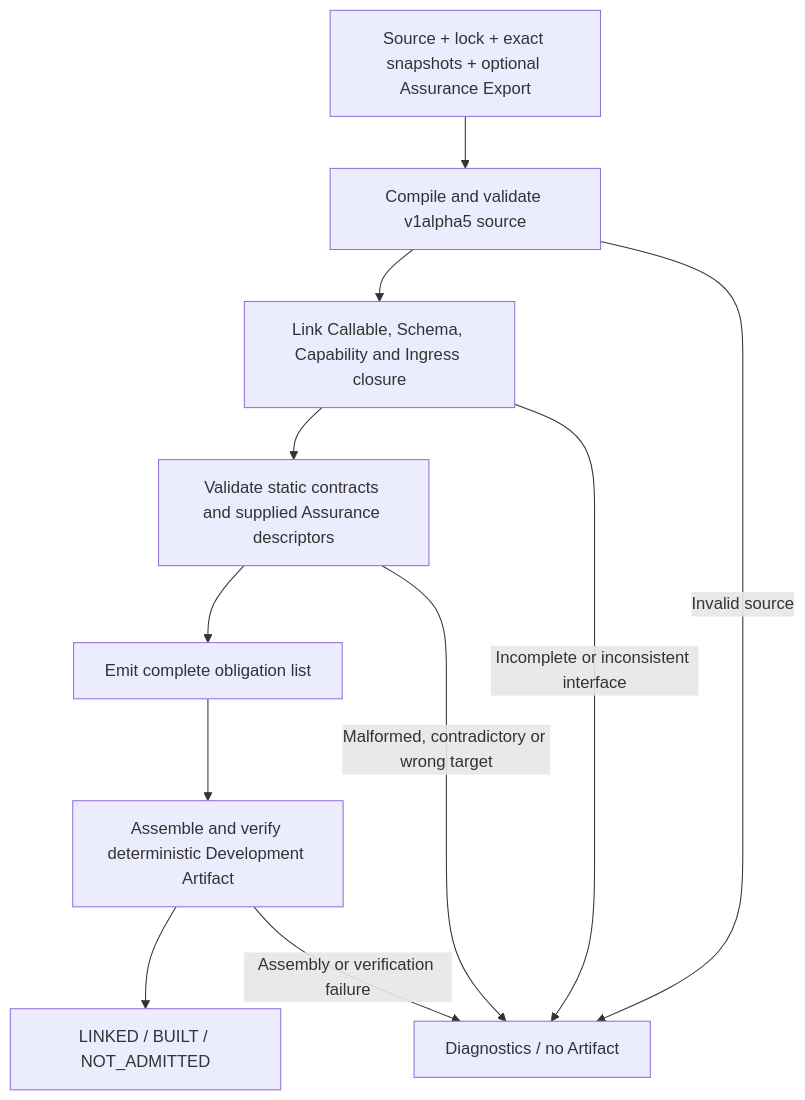
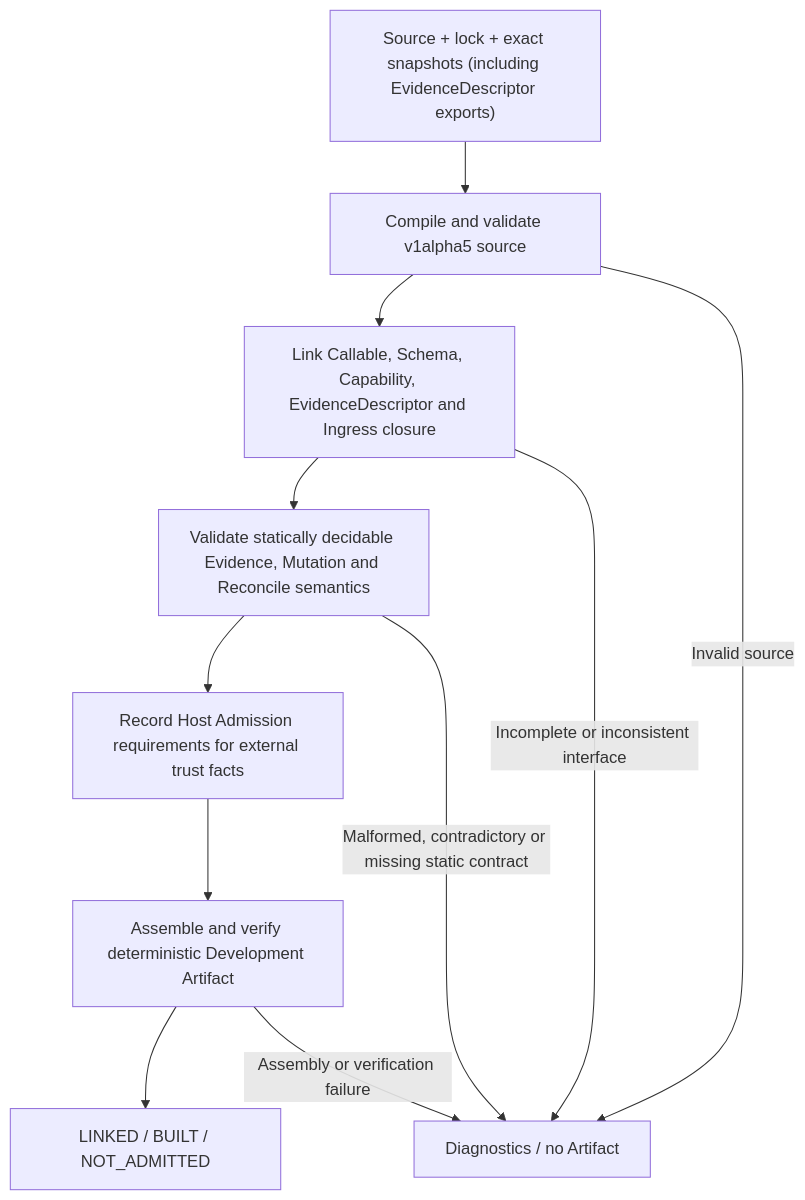
Before and after one commit to odango-chan/ca-skill-compiler: the second of 3 diagrams in docs/design/ca-toolchain-architecture-vnext.zh-CN.md, drawn with Mermaid. The commit also changed other lines of this file and 4 other files, not shown here.

Commit message:
docs(design): align Evidence/Assurance boundary with Compiler responsibilities

```diff
--- a/docs/design/ca-toolchain-architecture-vnext.zh-CN.md
+++ b/docs/design/ca-toolchain-architecture-vnext.zh-CN.md
@@ -94,13 +94,13 @@
 ~~~mermaid
 flowchart TD
-    IN["Source + lock + exact snapshots + optional Assurance Export"] --> S["Compile and validate v1alpha5 source"]
-    S --> L["Link Callable, Schema, Capability and Ingress closure"]
-    L --> A["Validate static contracts and supplied Assurance descriptors"]
-    A --> O["Emit complete obligation list"]
+    IN["Source + lock + exact snapshots (including EvidenceDescriptor exports)"] --> S["Compile and validate v1alpha5 source"]
+    S --> L["Link Callable, Schema, Capability, EvidenceDescriptor and Ingress closure"]
+    L --> A["Validate statically decidable Evidence, Mutation and Reconcile semantics"]
+    A --> O["Record Host Admission requirements for external trust facts"]
     O --> B["Assemble and verify deterministic Development Artifact"]
     B --> DONE["LINKED / BUILT / NOT_ADMITTED"]
     S -->|Invalid source| X["Diagnostics / no Artifact"]
     L -->|Incomplete or inconsistent interface| X
-    A -->|Malformed, contradictory or wrong target| X
+    A -->|Malformed, contradictory or missing static contract| X
     B -->|Assembly or verification failure| X
 ~~~
```
